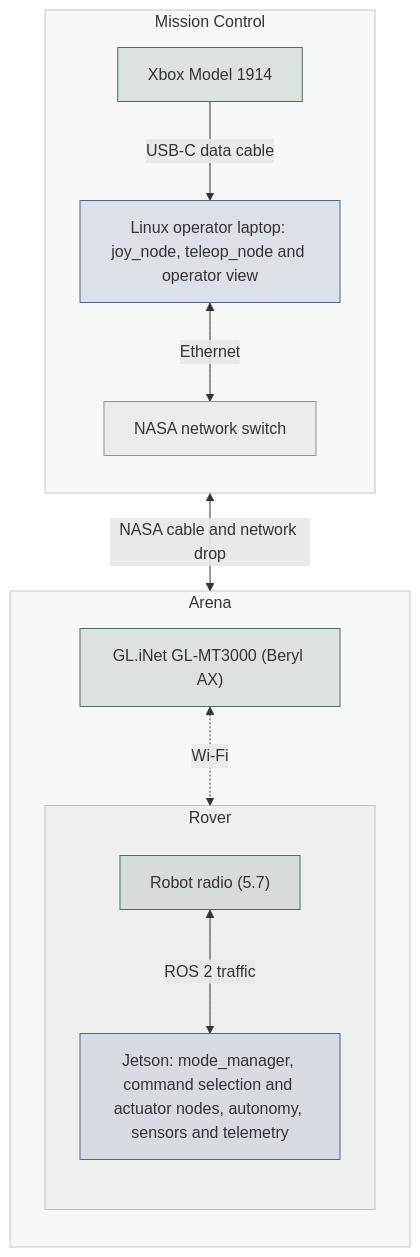
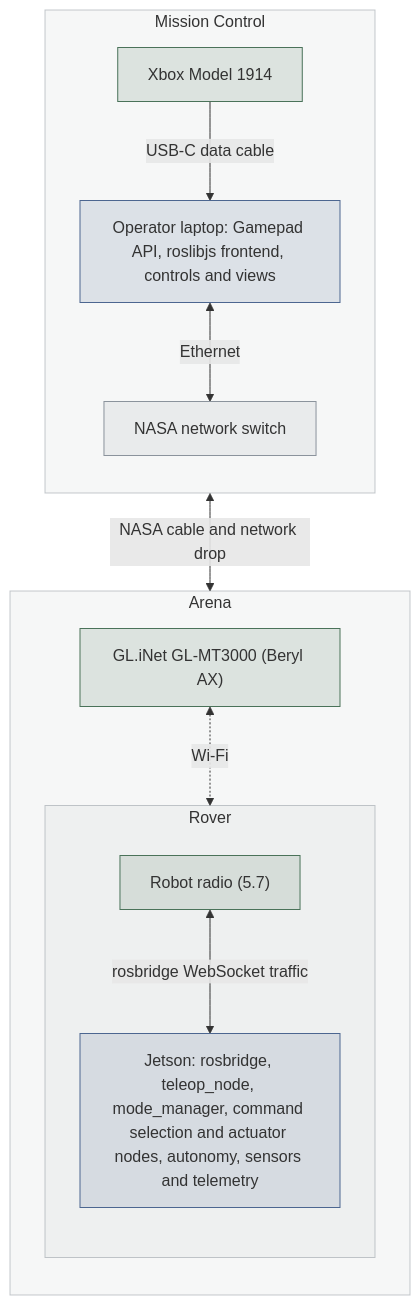
Before and after one commit to STAR-Robotics-Team/starrt-luna-software: the diagram in docs/design/teleoperation.md, drawn with Mermaid. The commit also changed other lines of this file, not shown here.

````diff
--- a/docs/design/teleoperation.md
+++ b/docs/design/teleoperation.md
@@ -101,32 +124,32 @@
 ```mermaid
 flowchart TB
   subgraph mcc["Mission Control"]
     direction TB
     pad["Xbox Model 1914"]
-    laptop["Linux operator laptop: joy_node, teleop_node and operator view"]
+    laptop["Operator laptop: Gamepad API, roslibjs frontend, controls and views"]
     sw["NASA network switch"]
   end
   subgraph arena["Arena"]
     direction TB
     ap["GL.iNet GL-MT3000 (Beryl AX)"]
     subgraph rover["Rover"]
       direction TB
       radio["Robot radio (5.7)"]
-      jetson["Jetson: mode_manager, command selection and actuator nodes, autonomy, sensors and telemetry"]
+      jetson["Jetson: rosbridge, teleop_node, mode_manager, command selection and actuator nodes, autonomy, sensors and telemetry"]
     end
   end
   pad -->|"USB-C data cable"| laptop
   laptop <-->|"Ethernet"| sw
   sw <-->|"NASA cable and network drop"| ap
   ap <-.->|"Wi-Fi"| radio
-  radio <-->|"ROS 2 traffic"| jetson
+  radio <-->|"rosbridge WebSocket traffic"| jetson
   classDef ours fill:#4c669026,stroke:#4c6690
   classDef nasa fill:#8b939c1f,stroke:#8b939c
   classDef hw fill:#4a725926,stroke:#4a7259
   class laptop,jetson ours
   class sw nasa
   class pad,ap,radio hw
   style mcc fill:#8b939c14,stroke:#8b939c80
   style arena fill:#8b939c14,stroke:#8b939c80
   style rover fill:#8b939c14,stroke:#8b939c80
 ```
````
